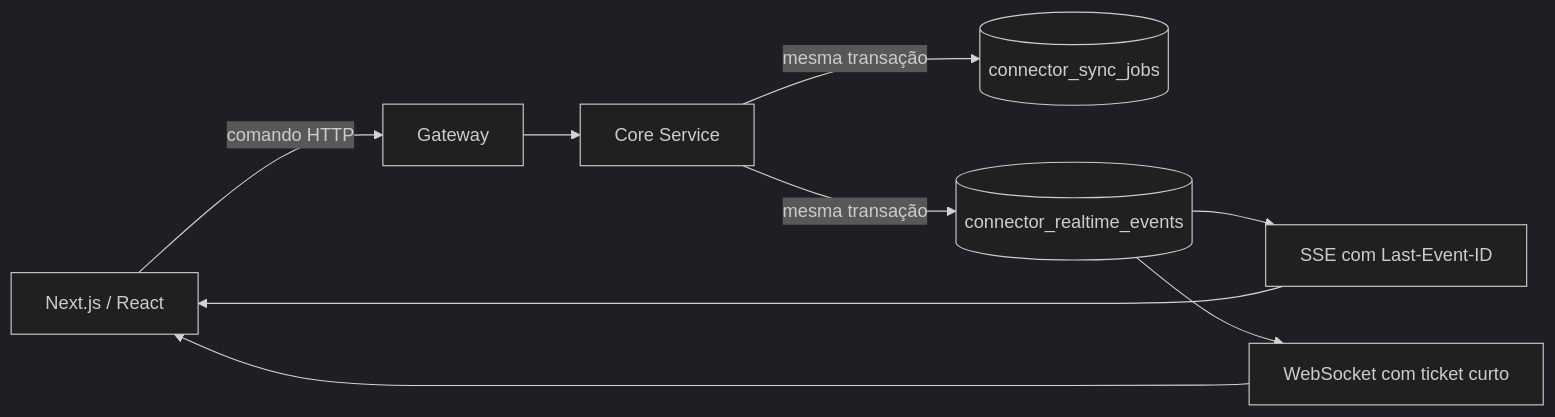
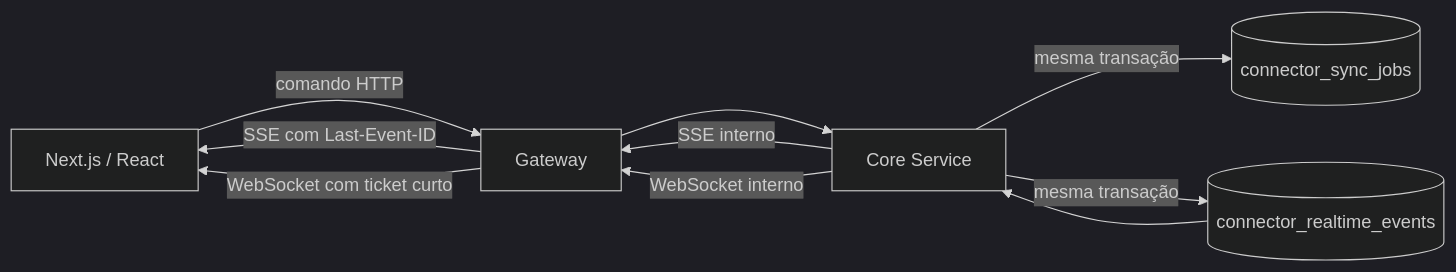
One commit to thousandtws-tech/projeto-braseller-platform changed the diagram in docs/realtime-connectors.md. Above: the diagram before and after it, drawn with Mermaid (dark theme). The commit also changed other lines of this file and 17 other files, not shown here.

````diff
--- a/docs/realtime-connectors.md
+++ b/docs/realtime-connectors.md
@@ -10,11 +10,12 @@
 ```mermaid
 flowchart LR
     UI[Next.js / React] -->|comando HTTP| GW[Gateway]
     GW --> CORE[Core Service]
     CORE -->|mesma transação| JOB[(connector_sync_jobs)]
     CORE -->|mesma transação| LOG[(connector_realtime_events)]
-    LOG --> SSE[SSE com Last-Event-ID]
-    LOG --> WS[WebSocket com ticket curto]
-    SSE --> UI
-    WS --> UI
+    LOG --> CORE
+    CORE -->|SSE interno| GW
+    CORE -->|WebSocket interno| GW
+    GW -->|SSE com Last-Event-ID| UI
+    GW -->|WebSocket com ticket curto| UI
 ```
````
